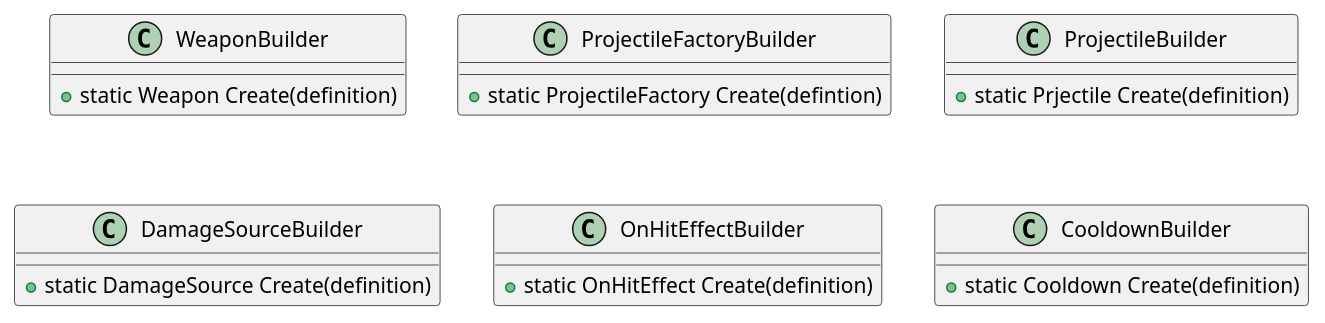
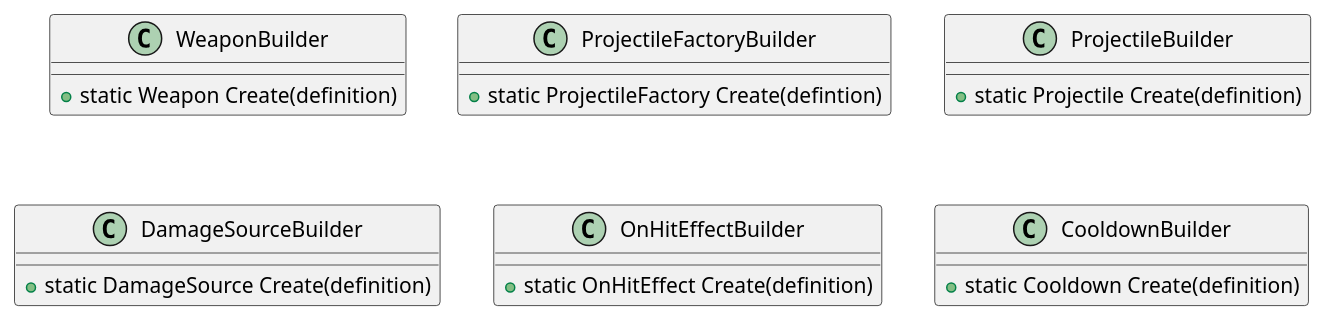
Before and after one commit to CriusNyx/CSI-4999: the fourth of 4 diagrams in TouchCrawlerUnity/Assets/Documentation/WeaponSystem.puml, drawn with PlantUML. The commit also changed other lines of this file, not shown here.

```diff
--- a/TouchCrawlerUnity/Assets/Documentation/WeaponSystem.puml
+++ b/TouchCrawlerUnity/Assets/Documentation/WeaponSystem.puml
@@ -188,27 +198,27 @@
 @startuml Builders
 
 class WeaponBuilder{
     + static Weapon Create(definition)
 }
 
 class ProjectileFactoryBuilder{
     + static ProjectileFactory Create(defintion)
 }
 
 class ProjectileBuilder{
-    + static Prjectile Create(definition)
+    + static Projectile Create(definition)
 }
 
 class DamageSourceBuilder{
     + static DamageSource Create(definition)
 }
 
 class OnHitEffectBuilder{
     + static OnHitEffect Create(definition)
 }
 
 class CooldownBuilder{
     + static Cooldown Create(definition)
 }
 
 @enduml
```
